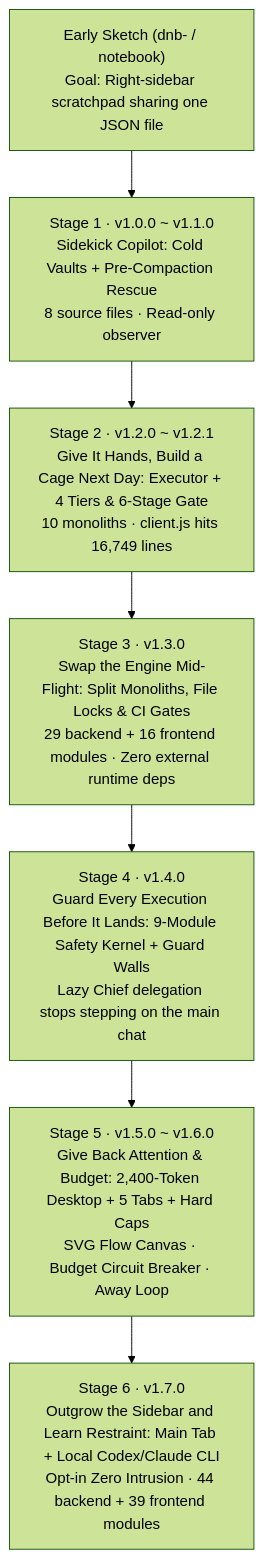
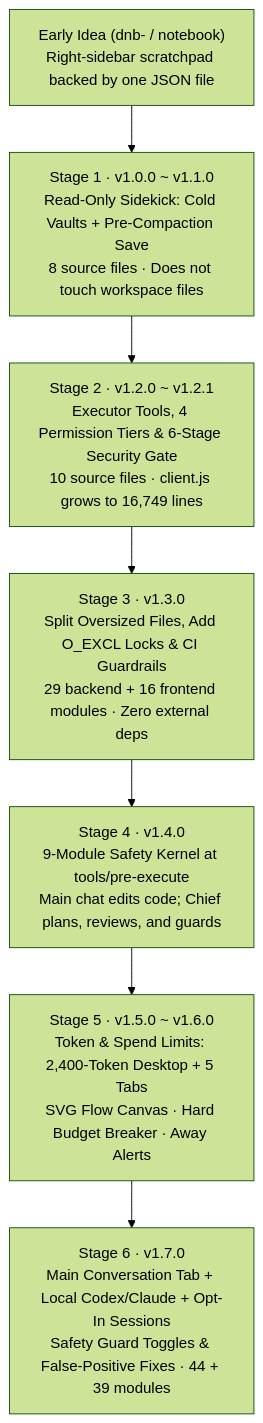
One commit to gluztm/dsh-chief changed the first of 2 diagrams in EVOLUTION.en.md. Above: the diagram before and after it, drawn with Mermaid (forest theme). The commit also changed other lines of this file and 5 other files, not shown here.

````diff
--- a/EVOLUTION.en.md
+++ b/EVOLUTION.en.md
@@ -23,12 +23,12 @@
 ```mermaid
 flowchart TD
-  S0["Early Sketch (dnb- / notebook)\nGoal: Right-sidebar scratchpad sharing one JSON file"]
-  S1["Stage 1 · v1.0.0 ~ v1.1.0\nSidekick Copilot: Cold Vaults + Pre-Compaction Rescue\n8 source files · Read-only observer"]
-  S2["Stage 2 · v1.2.0 ~ v1.2.1\nGive It Hands, Build a Cage Next Day: Executor + 4 Tiers & 6-Stage Gate\n10 monoliths · client.js hits 16,749 lines"]
-  S3["Stage 3 · v1.3.0\nSwap the Engine Mid-Flight: Split Monoliths, File Locks & CI Gates\n29 backend + 16 frontend modules · Zero external runtime deps"]
-  S4["Stage 4 · v1.4.0\nGuard Every Execution Before It Lands: 9-Module Safety Kernel + Guard Walls\nLazy Chief delegation stops stepping on the main chat"]
-  S5["Stage 5 · v1.5.0 ~ v1.6.0\nGive Back Attention & Budget: 2,400-Token Desktop + 5 Tabs + Hard Caps\nSVG Flow Canvas · Budget Circuit Breaker · Away Loop"]
-  S6["Stage 6 · v1.7.0\nOutgrow the Sidebar and Learn Restraint: Main Tab + Local Codex/Claude CLI\nOpt-in Zero Intrusion · 44 backend + 39 frontend modules"]
+  S0["Early Idea (dnb- / notebook)\nRight-sidebar scratchpad backed by one JSON file"]
+  S1["Stage 1 · v1.0.0 ~ v1.1.0\nRead-Only Sidekick: Cold Vaults + Pre-Compaction Save\n8 source files · Does not touch workspace files"]
+  S2["Stage 2 · v1.2.0 ~ v1.2.1\nExecutor Tools, 4 Permission Tiers & 6-Stage Security Gate\n10 source files · client.js grows to 16,749 lines"]
+  S3["Stage 3 · v1.3.0\nSplit Oversized Files, Add O_EXCL Locks & CI Guardrails\n29 backend + 16 frontend modules · Zero external deps"]
+  S4["Stage 4 · v1.4.0\n9-Module Safety Kernel at tools/pre-execute\nMain chat edits code; Chief plans, reviews, and guards"]
+  S5["Stage 5 · v1.5.0 ~ v1.6.0\nToken & Spend Limits: 2,400-Token Desktop + 5 Tabs\nSVG Flow Canvas · Hard Budget Breaker · Away Alerts"]
+  S6["Stage 6 · v1.7.0\nMain Conversation Tab + Local Codex/Claude + Opt-In Sessions\nSafety Guard Toggles & False-Positive Fixes · 44 + 39 modules"]
 
   S0 --> S1 --> S2 --> S3 --> S4 --> S5 --> S6
 ```
````
